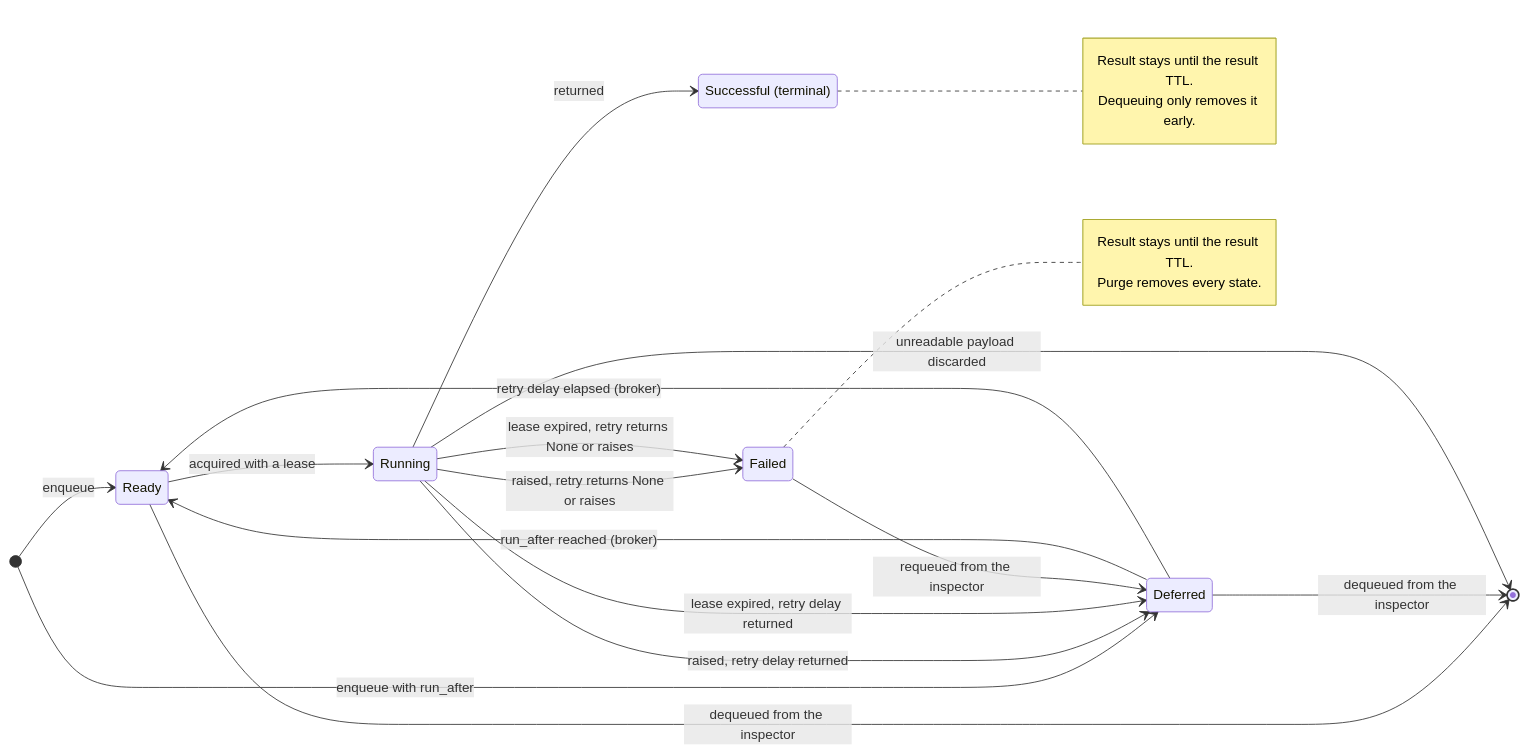
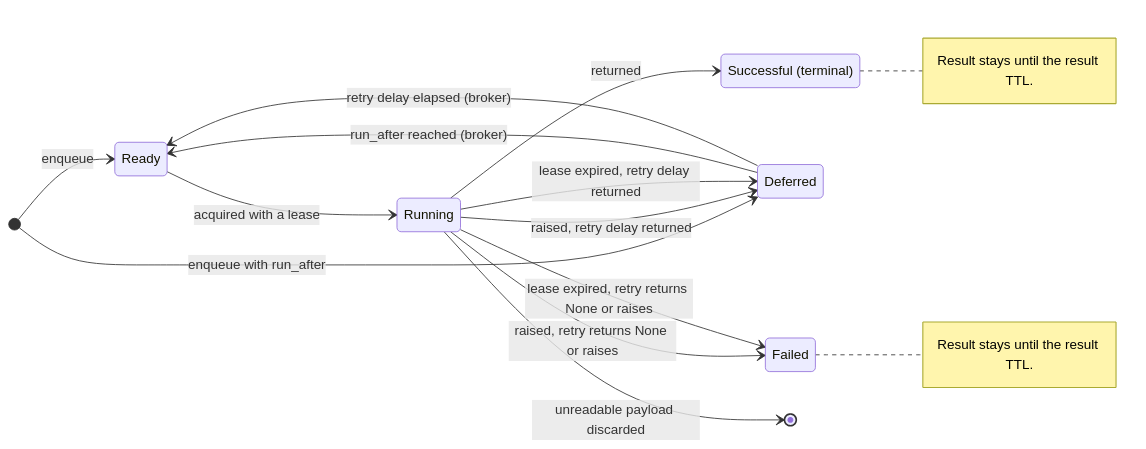
One commit to codingjoe/threadmill changed the first of 3 diagrams in CONTRIBUTING.md. Above: the diagram before and after it, drawn with Mermaid. The commit also changed other lines of this file, not shown here.

Commit message:
Keep inspector interrupts out of the task FSM

````diff
--- a/CONTRIBUTING.md
+++ b/CONTRIBUTING.md
@@ -28,33 +28,28 @@
 ```mermaid
 stateDiagram-v2
     direction LR
     state "Successful (terminal)" as Successful
 
     [*] --> Ready: enqueue
     [*] --> Deferred: enqueue with run_after
     Deferred --> Ready: run_after reached (broker)
     Ready --> Running: acquired with a lease
 
     Running --> Deferred: raised, retry delay returned
     Running --> Deferred: lease expired, retry delay returned
     Deferred --> Ready: retry delay elapsed (broker)
 
     Running --> Successful: returned
     Running --> Failed: raised, retry returns None or raises
     Running --> Failed: lease expired, retry returns None or raises
 
-    Failed --> Deferred: requeued from the inspector
-    Ready --> [*]: dequeued from the inspector
-    Deferred --> [*]: dequeued from the inspector
     Running --> [*]: unreadable payload discarded
 
     note right of Successful
         Result stays until the result TTL.
-        Dequeuing only removes it early.
     end note
 
     note right of Failed
         Result stays until the result TTL.
-        Purge removes every state.
     end note
 ```
````
